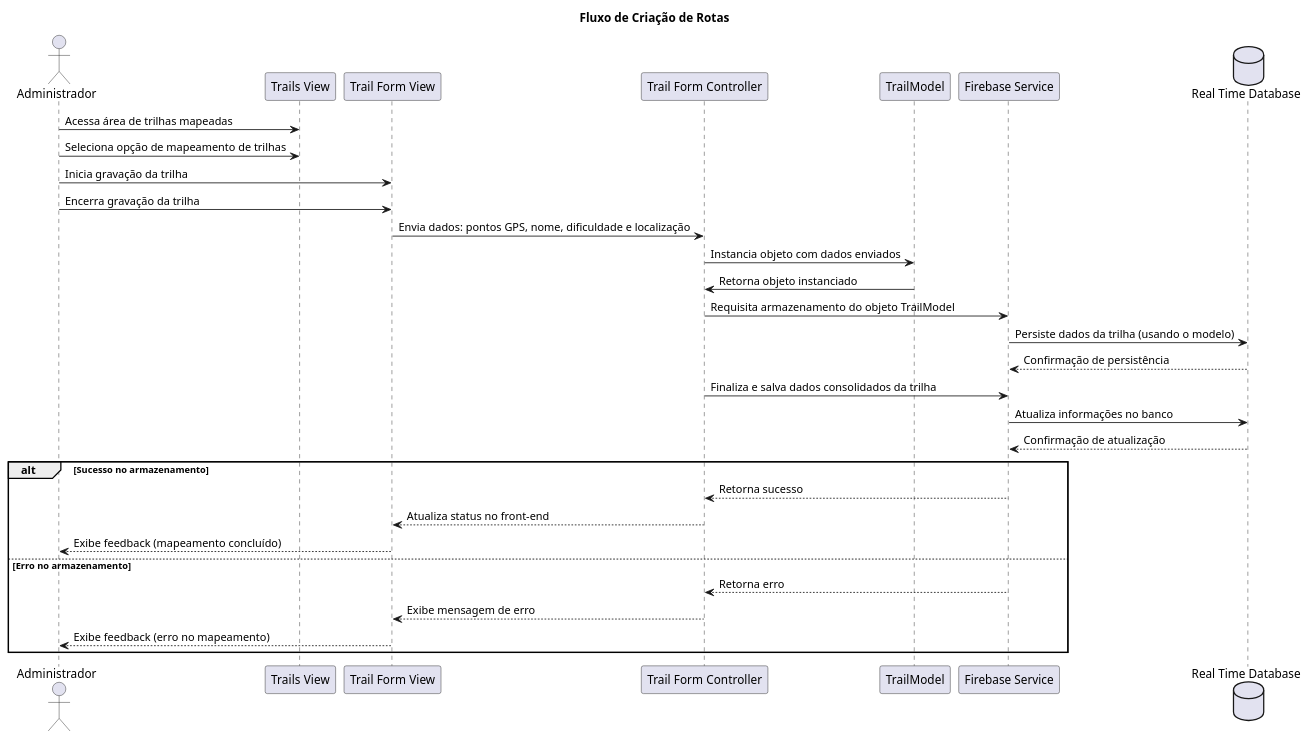
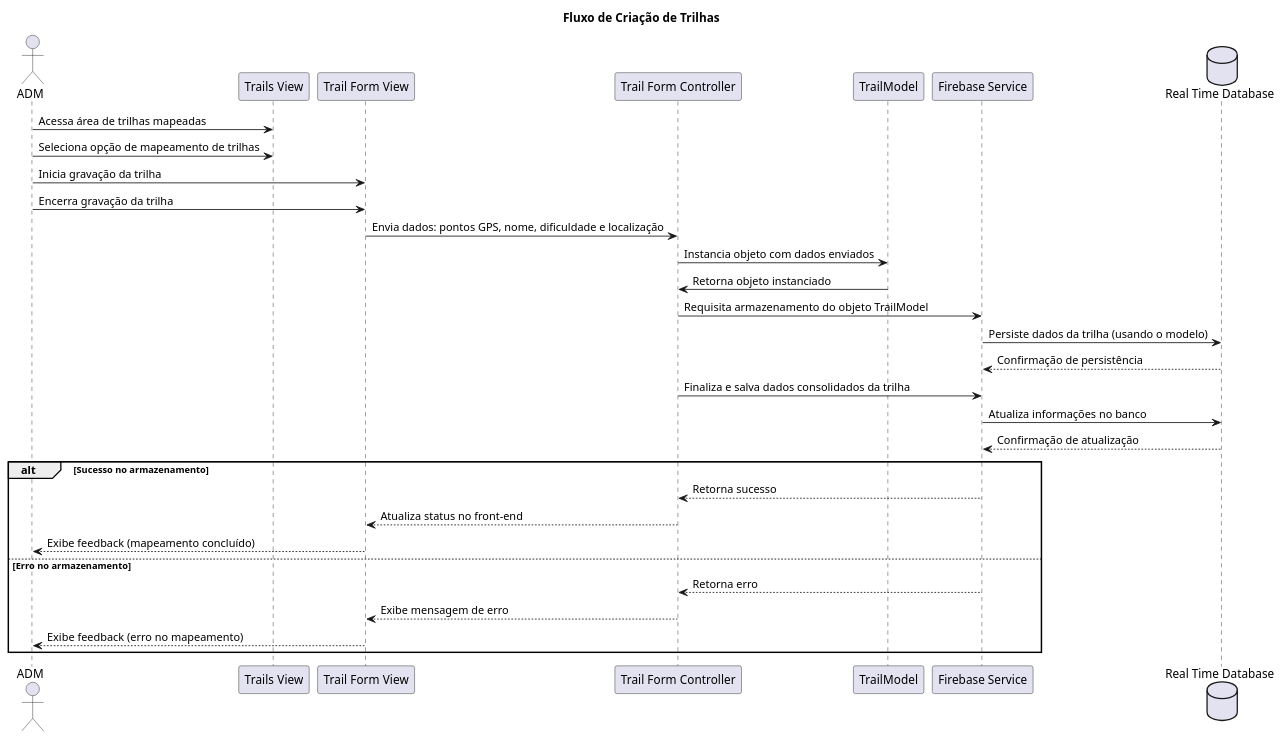
Before and after one commit to tiagors09/pe_na_pedra: the diagram in docs/diagrams/src/sequence_diagrams/pe_na_pedra_sequence_diagram_2.plantuml, drawn with PlantUML.

Commit message:
docs: :memo: using ADM instead Administrador and changed title

```diff
--- a/docs/diagrams/src/sequence_diagrams/pe_na_pedra_sequence_diagram_2.plantuml
+++ b/docs/diagrams/src/sequence_diagrams/pe_na_pedra_sequence_diagram_2.plantuml
@@ -1,39 +1,39 @@
 @startuml pe_na_pedra_sequence_diagram_2
-actor Administrador as adm
+actor ADM as adm
 
 participant "Trails View" as trailsView
 participant "Trail Form View" as trailFormView
 participant "Trail Form Controller" as trailFormController
 participant "TrailModel" as trailModel
 participant "Firebase Service" as firebase
 database "Real Time Database" as realTimeDatabase
 
-title Fluxo de Criação de Rotas
+title Fluxo de Criação de Trilhas
 
 adm -> trailsView : Acessa área de trilhas mapeadas
 adm -> trailsView : Seleciona opção de mapeamento de trilhas
 
 adm -> trailFormView : Inicia gravação da trilha
 adm -> trailFormView : Encerra gravação da trilha
 
 trailFormView -> trailFormController : Envia dados: pontos GPS, nome, dificuldade e localização
 trailFormController -> trailModel : Instancia objeto com dados enviados
 trailModel -> trailFormController : Retorna objeto instanciado
 trailFormController -> firebase : Requisita armazenamento do objeto TrailModel
 firebase -> realTimeDatabase : Persiste dados da trilha (usando o modelo)
 realTimeDatabase --> firebase : Confirmação de persistência
 
 trailFormController -> firebase : Finaliza e salva dados consolidados da trilha
 firebase -> realTimeDatabase : Atualiza informações no banco
 realTimeDatabase --> firebase : Confirmação de atualização
 
 alt Sucesso no armazenamento
     firebase --> trailFormController : Retorna sucesso
     trailFormController --> trailFormView : Atualiza status no front-end
     trailFormView --> adm : Exibe feedback (mapeamento concluído)
 else Erro no armazenamento
     firebase --> trailFormController : Retorna erro
     trailFormController --> trailFormView : Exibe mensagem de erro
     trailFormView --> adm : Exibe feedback (erro no mapeamento)
 end
 @enduml
```
